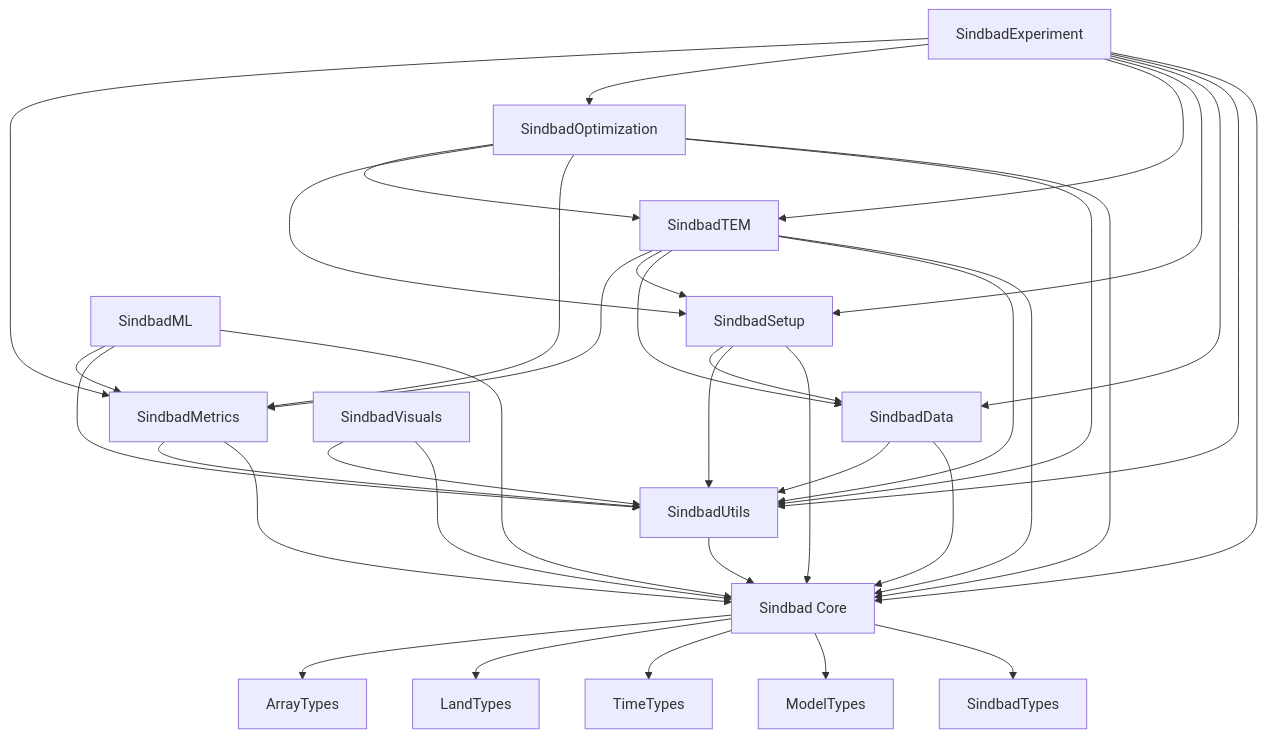
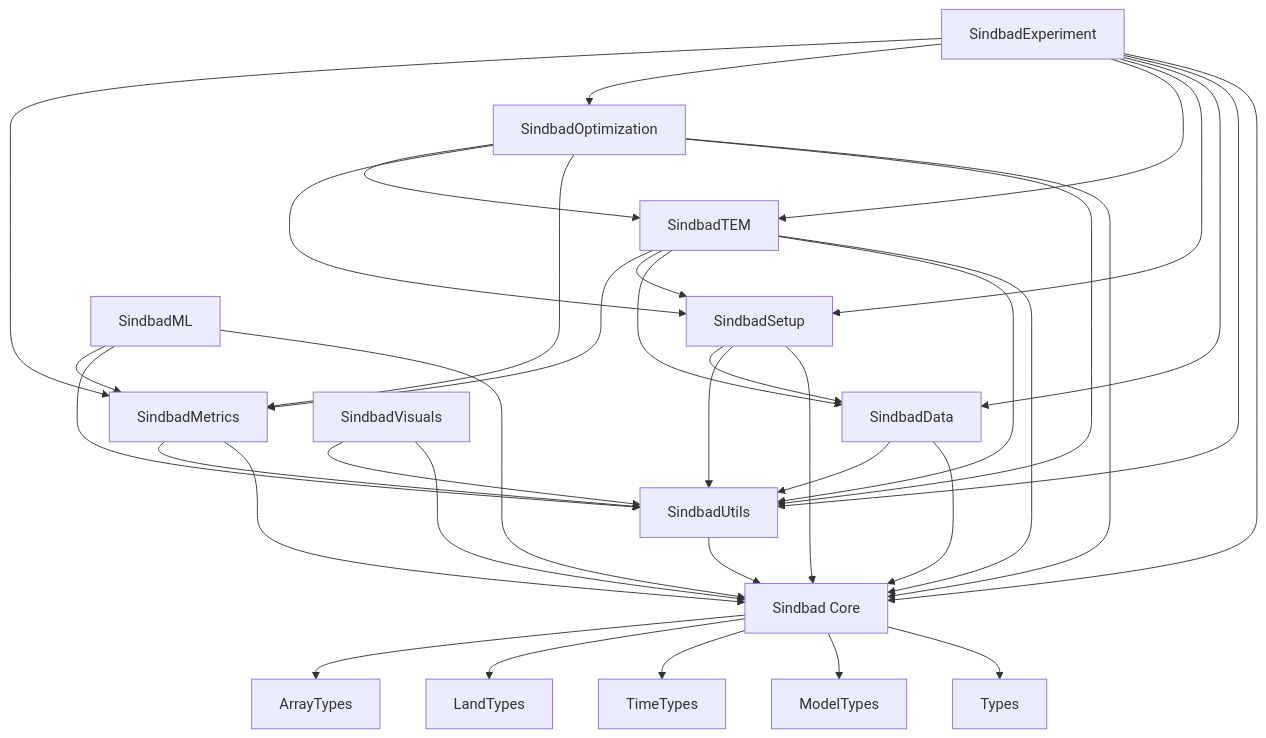
The diagram in docs/src/pages/code/overview.md (EarthyScience/SINDBAD), drawn with Mermaid before and after one commit. The commit also changed 29 other files, not shown here.

````diff
--- a/docs/src/pages/code/overview.md
+++ b/docs/src/pages/code/overview.md
@@ -71,50 +71,50 @@
 ```mermaid
 graph TD
     %% Main Sindbad package
-    Sindbad[Sindbad Core] --> SindbadTypes[SindbadTypes]
+    Sindbad[Sindbad Core] --> Types[Types]
     
     %% Core dependencies
     Sindbad --> ModelTypes[ModelTypes]
     Sindbad --> TimeTypes[TimeTypes]
     Sindbad --> LandTypes[LandTypes]
     Sindbad --> ArrayTypes[ArrayTypes]
     
     %% Lib packages
     SindbadUtils[SindbadUtils] --> Sindbad
     SindbadData[SindbadData] --> Sindbad
     SindbadData --> SindbadUtils
     
     SindbadSetup[SindbadSetup] --> Sindbad
     SindbadSetup --> SindbadUtils
     SindbadSetup --> SindbadData
     
     SindbadMetrics[SindbadMetrics] --> Sindbad
     SindbadMetrics --> SindbadUtils
     
     SindbadTEM[SindbadTEM] --> Sindbad
     SindbadTEM --> SindbadUtils
     SindbadTEM --> SindbadData
     SindbadTEM --> SindbadSetup
     SindbadTEM --> SindbadMetrics
     
     SindbadOptimization[SindbadOptimization] --> Sindbad
     SindbadOptimization --> SindbadUtils
     SindbadOptimization --> SindbadMetrics
     SindbadOptimization --> SindbadSetup
     SindbadOptimization --> SindbadTEM
     
     SindbadML[SindbadML] --> Sindbad
     SindbadML --> SindbadUtils
     SindbadML --> SindbadMetrics
     
     SindbadVisuals[SindbadVisuals] --> Sindbad
     SindbadVisuals --> SindbadUtils
     
     SindbadExperiment[SindbadExperiment] --> Sindbad
     SindbadExperiment --> SindbadUtils
     SindbadExperiment --> SindbadData
     SindbadExperiment --> SindbadSetup
     SindbadExperiment --> SindbadTEM
     SindbadExperiment --> SindbadOptimization
     SindbadExperiment --> SindbadMetrics    
 ```
````
